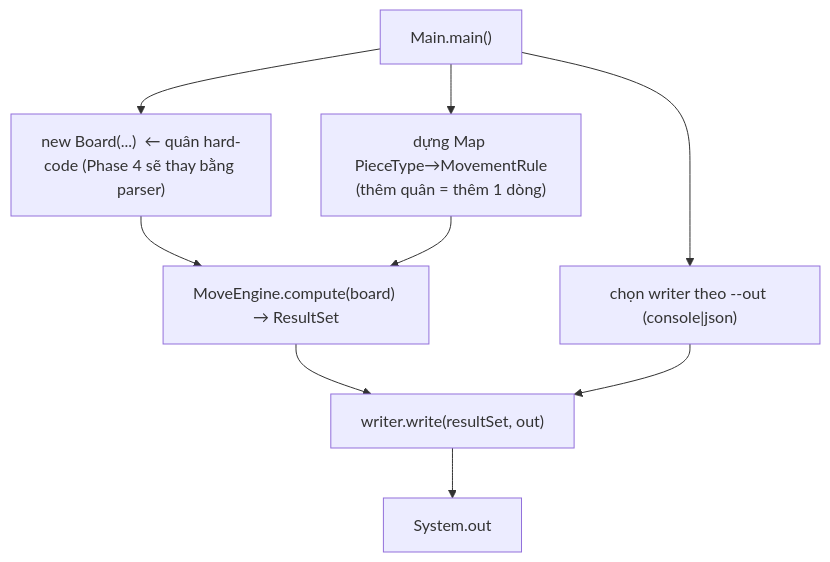
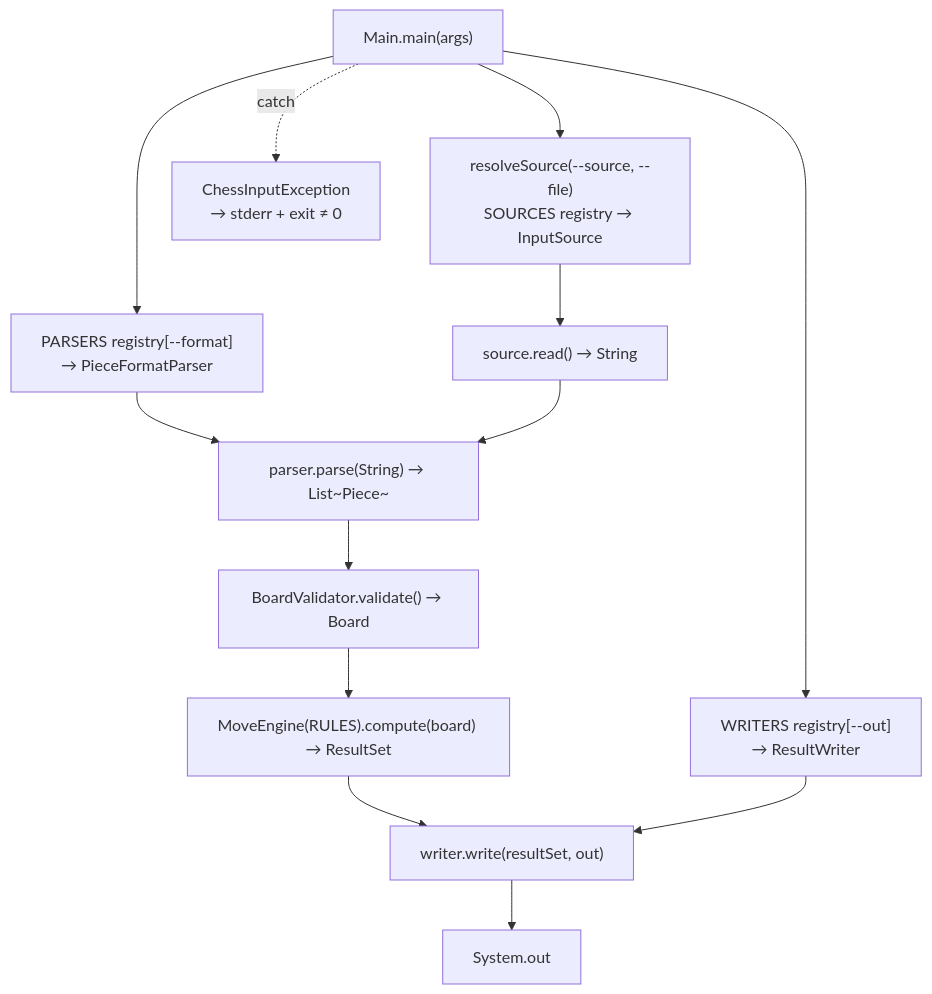
Before and after one commit to cuongnq-prdcv/design: the tenth of 11 diagrams in chess_board/docs/diagrams.md, drawn with Mermaid. The commit also changed other lines of this file and 112 other files, not shown here.

Commit message:
Update: chess board full phase req

````diff
--- a/chess_board/docs/diagrams.md
+++ b/chess_board/docs/diagrams.md
@@ -230,12 +307,16 @@
 ```mermaid
 flowchart TD
-    Main["Main.main()"]
-    Main --> board["new Board(...)  ← quân hard-code (Phase 4 sẽ thay bằng parser)"]
-    Main --> rules["dựng Map PieceType→MovementRule<br/>(thêm quân = thêm 1 dòng)"]
-    Main --> pick["chọn writer theo --out (console|json)"]
-    board --> run["MoveEngine.compute(board) → ResultSet"]
-    rules --> run
+    Main["Main.main(args)"]
+    Main --> src["resolveSource(--source, --file)<br/>SOURCES registry → InputSource"]
+    Main --> par["PARSERS registry[--format]<br/>→ PieceFormatParser"]
+    Main --> wr["WRITERS registry[--out]<br/>→ ResultWriter"]
+    src --> read["source.read() → String"]
+    par --> parse["parser.parse(String) → List~Piece~"]
+    read --> parse
+    parse --> val["BoardValidator.validate() → Board"]
+    val --> run["MoveEngine(RULES).compute(board) → ResultSet"]
     run --> write["writer.write(resultSet, out)"]
-    pick --> write
+    wr --> write
     write --> stdout["System.out"]
+    Main -. catch .-> err["ChessInputException<br/>→ stderr + exit ≠ 0"]
 ```
````
